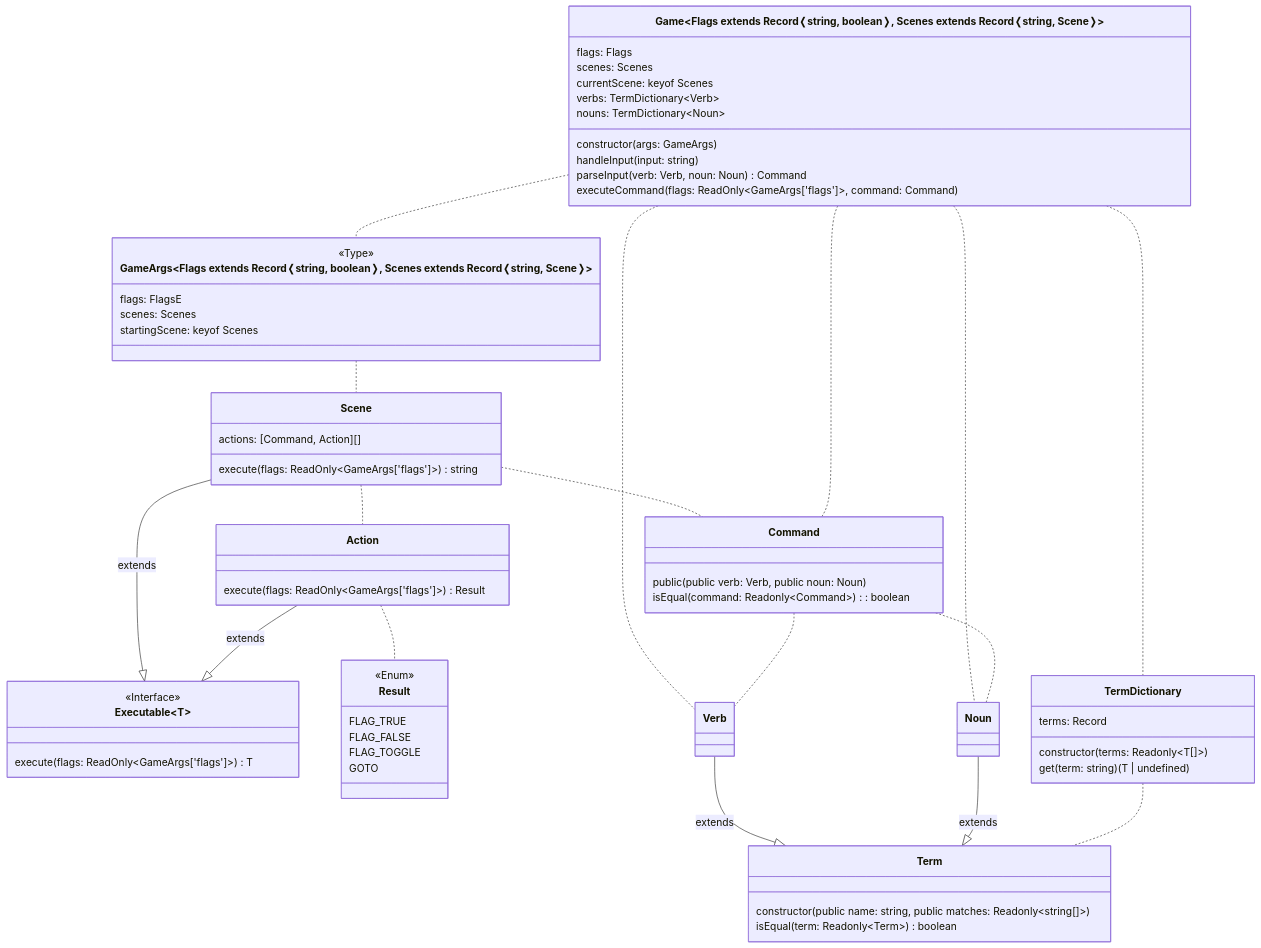
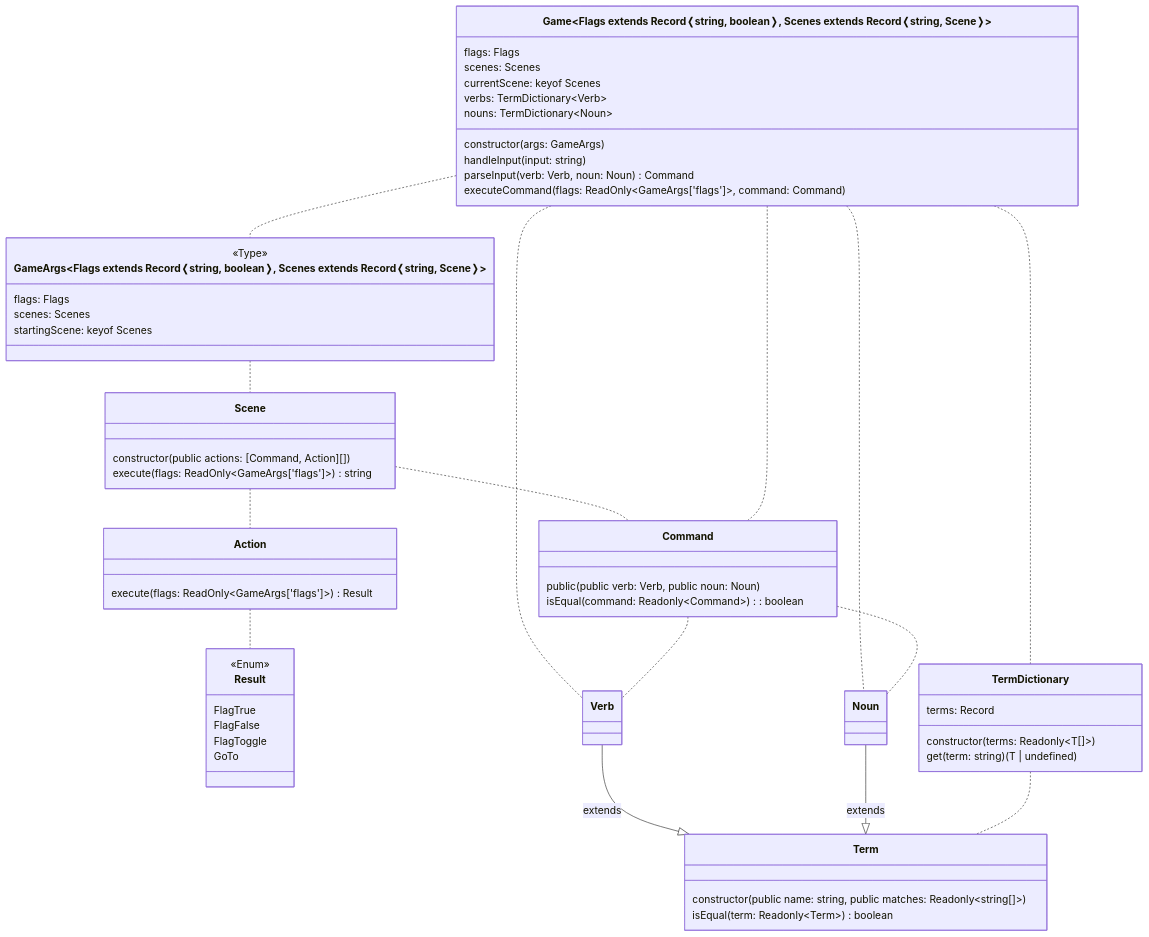
The diagram in README.md (flipactual/text-adventure-experiment), drawn with Mermaid before and after one commit.

````diff
--- a/README.md
+++ b/README.md
@@ -3,67 +3,61 @@
 ```mermaid
 classDiagram
 class GameArgs~Flags extends Record❬string, boolean❭, Scenes extends Record❬string, Scene❭~ {
   <<Type>>
-  flags: FlagsE
+  flags: Flags
   scenes: Scenes
   startingScene: keyof Scenes
 }
 GameArgs .. Scene
-class Executable~T~ {
-  <<Interface>>
-  execute(flags: ReadOnly~GameArgs['flags']~) T
-}
 class Scene {
-  actions: [Command, Action][]
+  constructor(public actions: [Command, Action][])
   execute(flags: ReadOnly~GameArgs['flags']~) string
 }
 Scene .. Command
 Scene .. Action
-Scene --|> Executable : extends
 class Action {
   execute(flags: ReadOnly~GameArgs['flags']~) Result
 }
 Action .. Result
-Action --|> Executable : extends
 class Result {
   <<Enum>>
-  FLAG_TRUE
-  FLAG_FALSE
-  FLAG_TOGGLE
-  GOTO
+  FlagTrue
+  FlagFalse
+  FlagToggle
+  GoTo
 }
 class Game~Flags extends Record❬string, boolean❭, Scenes extends Record❬string, Scene❭~ {
   flags: Flags
   scenes: Scenes
   currentScene: keyof Scenes
   verbs: TermDictionary~Verb~
   nouns: TermDictionary~Noun~
   constructor(args: GameArgs)
   handleInput(input: string)
   parseInput(verb: Verb, noun: Noun) Command
   executeCommand(flags: ReadOnly~GameArgs['flags']~, command: Command)
 }
 Game .. GameArgs
 Game .. Verb
 Game .. Noun
 Game .. TermDictionary
 Game .. Command
 class Command {
   public(public verb: Verb, public noun: Noun)
   isEqual(command: Readonly~Command~): boolean
 }
 Command .. Verb
 Command .. Noun
 class Term {
   constructor(public name: string, public matches: Readonly~string[]~)
   isEqual(term: Readonly~Term~) boolean 
 }
 Verb --|> Term : extends
 Noun --|> Term : extends
 class TermDictionary~T extends Term~ {
   terms: Record<string, T>
   constructor(terms: Readonly~T[]~)
   get(term: string) (T | undefined)
 }
 TermDictionary .. Term
 ```
````
